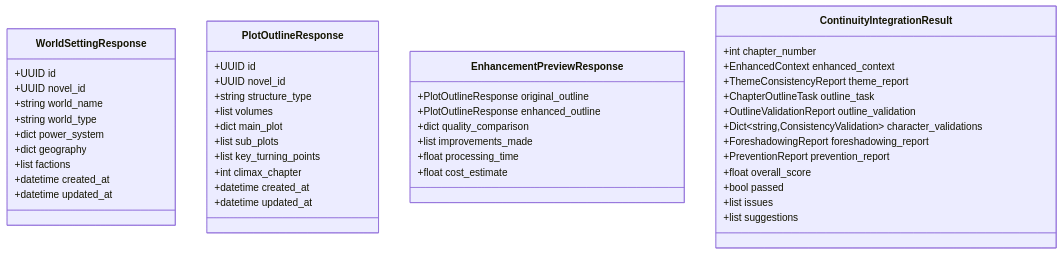
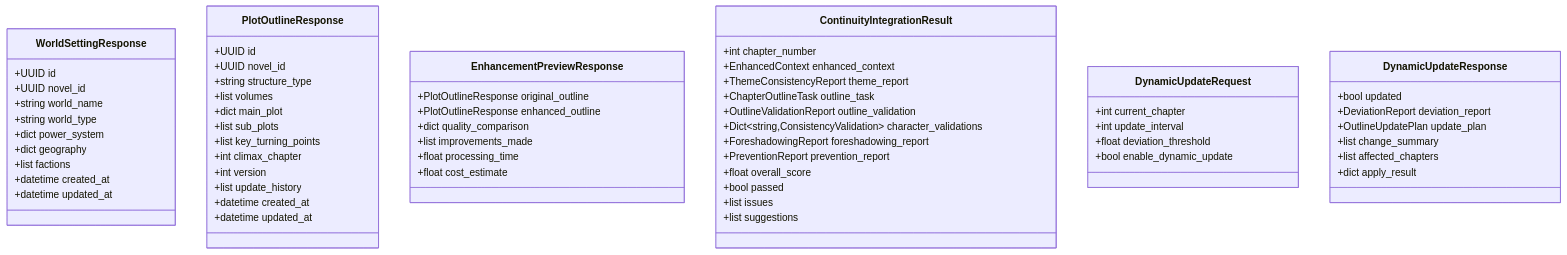
Before and after one commit to xfbyxq/ai-novel-system: the tenth of 11 diagrams in .qoder/repowiki/zh/content/AI智能体系统/智能大纲完善系统.md, drawn with Mermaid. The commit also changed other lines of this file and 11 other files, not shown here.

````diff
--- a/.qoder/repowiki/zh/content/AI智能体系统/智能大纲完善系统.md
+++ b/.qoder/repowiki/zh/content/AI智能体系统/智能大纲完善系统.md
@@ -517,48 +686,64 @@
 ```mermaid
 classDiagram
 class WorldSettingResponse {
 +UUID id
 +UUID novel_id
 +string world_name
 +string world_type
 +dict power_system
 +dict geography
 +list factions
 +datetime created_at
 +datetime updated_at
 }
 class PlotOutlineResponse {
 +UUID id
 +UUID novel_id
 +string structure_type
 +list volumes
 +dict main_plot
 +list sub_plots
 +list key_turning_points
 +int climax_chapter
++int version
++list update_history
 +datetime created_at
 +datetime updated_at
 }
 class EnhancementPreviewResponse {
 +PlotOutlineResponse original_outline
 +PlotOutlineResponse enhanced_outline
 +dict quality_comparison
 +list improvements_made
 +float processing_time
 +float cost_estimate
 }
 class ContinuityIntegrationResult {
 +int chapter_number
 +EnhancedContext enhanced_context
 +ThemeConsistencyReport theme_report
 +ChapterOutlineTask outline_task
 +OutlineValidationReport outline_validation
 +Dict~string,ConsistencyValidation~ character_validations
 +ForeshadowingReport foreshadowing_report
 +PreventionReport prevention_report
 +float overall_score
 +bool passed
 +list issues
 +list suggestions
 }
+class DynamicUpdateRequest {
++int current_chapter
++int update_interval
++float deviation_threshold
++bool enable_dynamic_update
+}
+class DynamicUpdateResponse {
++bool updated
++DeviationReport deviation_report
++OutlineUpdatePlan update_plan
++list change_summary
++list affected_chapters
++dict apply_result
+}
 ```
````
